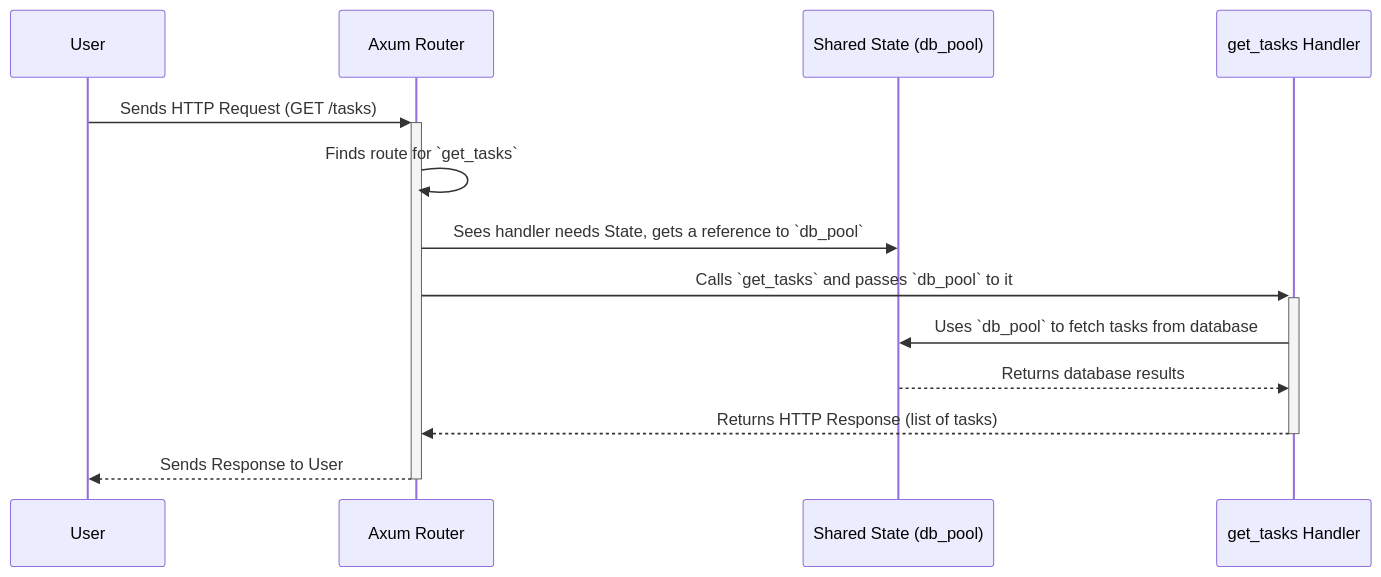
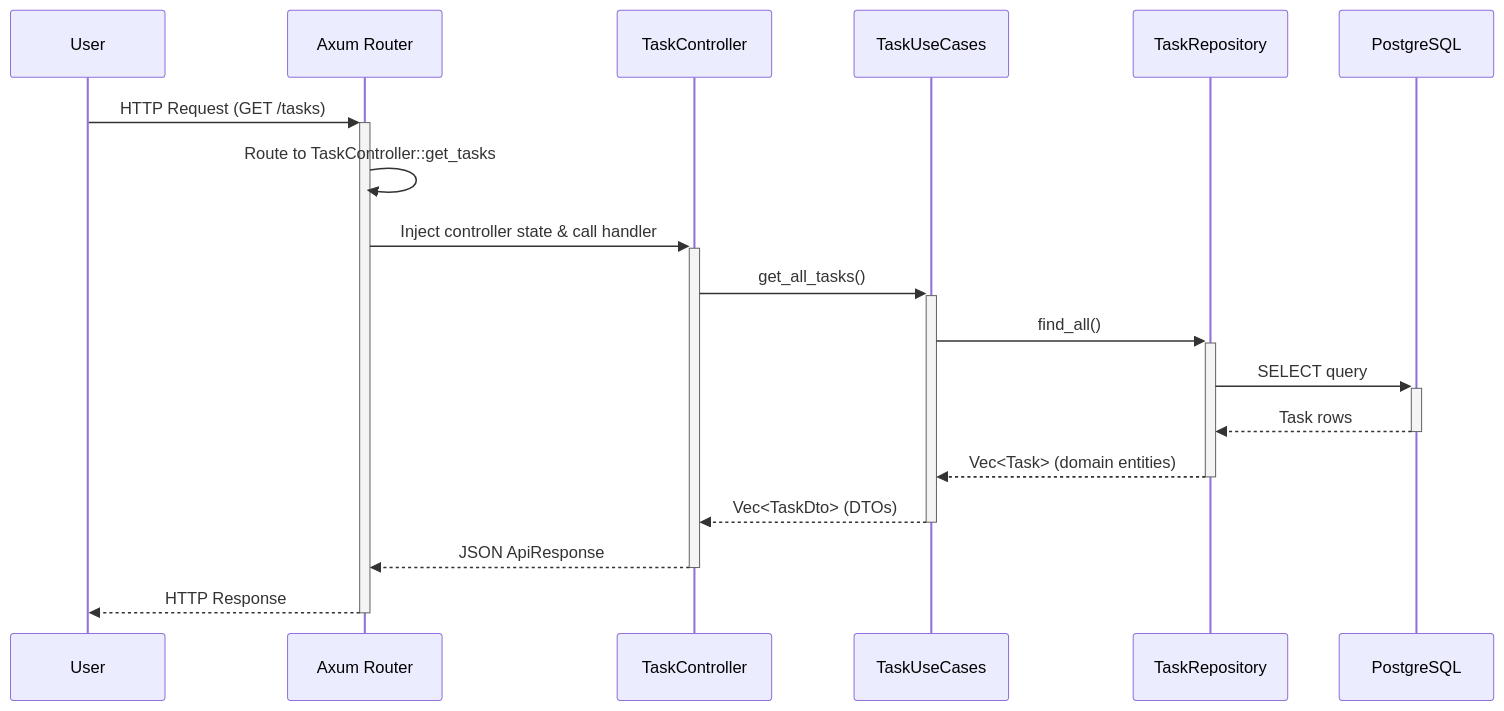
One commit to fabiofaleiros/axum_postgres_rust changed the diagram in readme_files/02_handler_functions___shared_state.md. Above: the diagram before and after it, drawn with Mermaid. The commit also changed other lines of this file and 40 other files, not shown here.

Commit message:
feat: adapt to hexagonal architecture

````diff
--- a/readme_files/02_handler_functions___shared_state.md
+++ b/readme_files/02_handler_functions___shared_state.md
@@ -113,16 +148,21 @@
 ```mermaid
 sequenceDiagram
     participant User
-    participant R as Axum Router
-    participant SS as Shared State (db_pool)
-    participant H as get_tasks Handler
+    participant Router as Axum Router
+    participant Controller as TaskController
+    participant UseCase as TaskUseCases  
+    participant Repo as TaskRepository
+    participant DB as PostgreSQL
 
-    User->>+R: Sends HTTP Request (GET /tasks)
-    R->>R: Finds route for `get_tasks`
-    R->>SS: Sees handler needs State, gets a reference to `db_pool`
-    R->>+H: Calls `get_tasks` and passes `db_pool` to it
-    H->>SS: Uses `db_pool` to fetch tasks from database
-    SS-->>H: Returns database results
-    H-->>-R: Returns HTTP Response (list of tasks)
-    R-->>-User: Sends Response to User
+    User->>+Router: HTTP Request (GET /tasks)
+    Router->>Router: Route to TaskController::get_tasks
+    Router->>+Controller: Inject controller state & call handler
+    Controller->>+UseCase: get_all_tasks()
+    UseCase->>+Repo: find_all()
+    Repo->>+DB: SELECT query
+    DB-->>-Repo: Task rows
+    Repo-->>-UseCase: Vec<Task> (domain entities)
+    UseCase-->>-Controller: Vec<TaskDto> (DTOs)
+    Controller-->>-Router: JSON ApiResponse
+    Router-->>-User: HTTP Response
 ```
````
